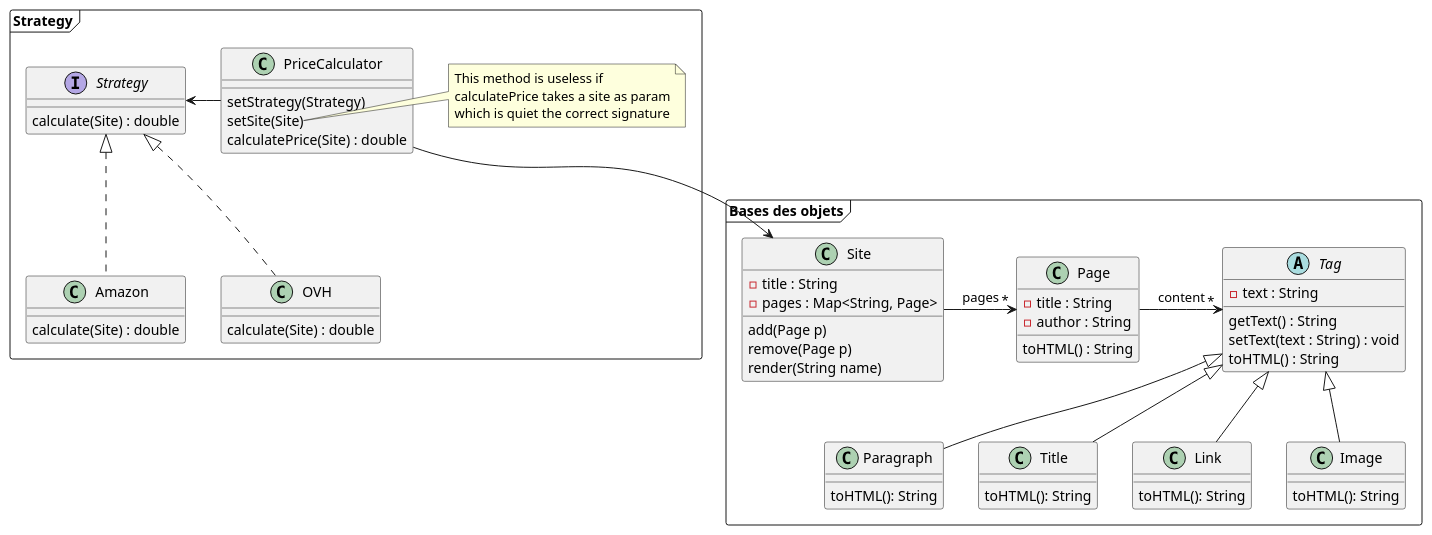
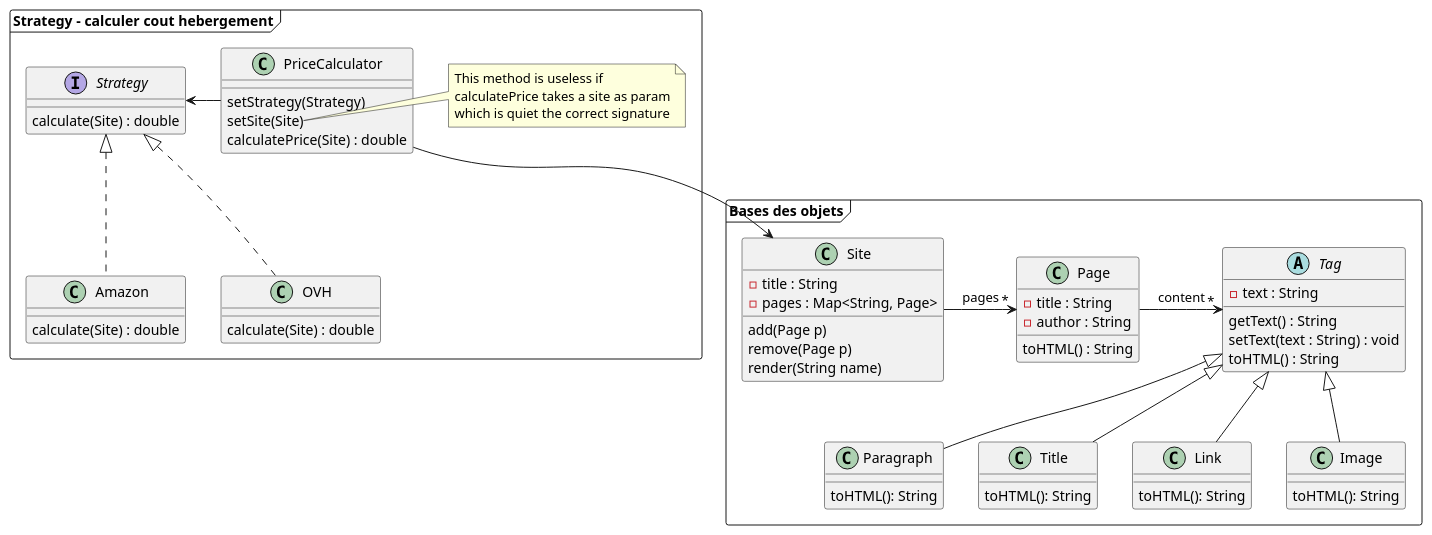
One commit to florentBourgeois/ENSISA2022_CMS changed the diagram in Documentation/strategy.puml. Above: the diagram before and after it, drawn with PlantUML.

Commit message:
ajout et correction strategy

```diff
--- a/Documentation/strategy.puml
+++ b/Documentation/strategy.puml
@@ -1,74 +1,74 @@
 @startuml
 'https://plantuml.com/class-diagram
 
 
 package "Bases des objets" <<Frame>> {
 
     class Page {
         -title : String
         -author : String
         toHTML() : String
     }
 
     abstract class Tag {
         - text : String
         getText() : String
         setText(text : String) : void
         toHTML() : String
     }
 
     Tag <|-- Paragraph
     Tag <|-- Title
     Tag <|-- Link
     Tag <|-- Image
 
     Page -> "*" Tag : content
     Site -> "*" Page : pages
 
     class Site {
         -title : String
         -pages : Map<String, Page>
         add(Page p)
         remove(Page p)
         render(String name)
     }
 
     Image : toHTML(): String
     Link : toHTML(): String
     Title : toHTML(): String
     Paragraph : toHTML(): String
 
 }
 
 
-package "Strategy" <<frame>> {
+package "Strategy - calculer cout hebergement" <<frame>> {
     class PriceCalculator {
         setStrategy(Strategy)
         setSite(Site)
         calculatePrice(Site) : double
     }
     note right of PriceCalculator::setSite
       This method is useless if
       calculatePrice takes a site as param
       which is quiet the correct signature
     end note
 
     interface Strategy {
         calculate(Site) : double
     }
 
     class OVH {
         calculate(Site) : double
     }
 
     class Amazon {
             calculate(Site) : double
         }
     PriceCalculator -> Strategy
     Strategy <|.. OVH
     Strategy <|.. Amazon
 
     PriceCalculator --> Site
 
 }
 @enduml
```
